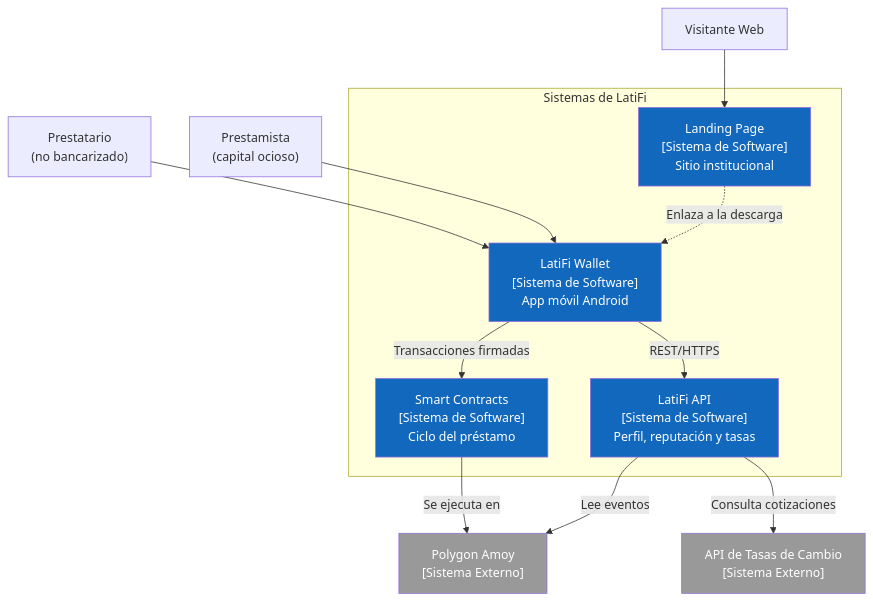
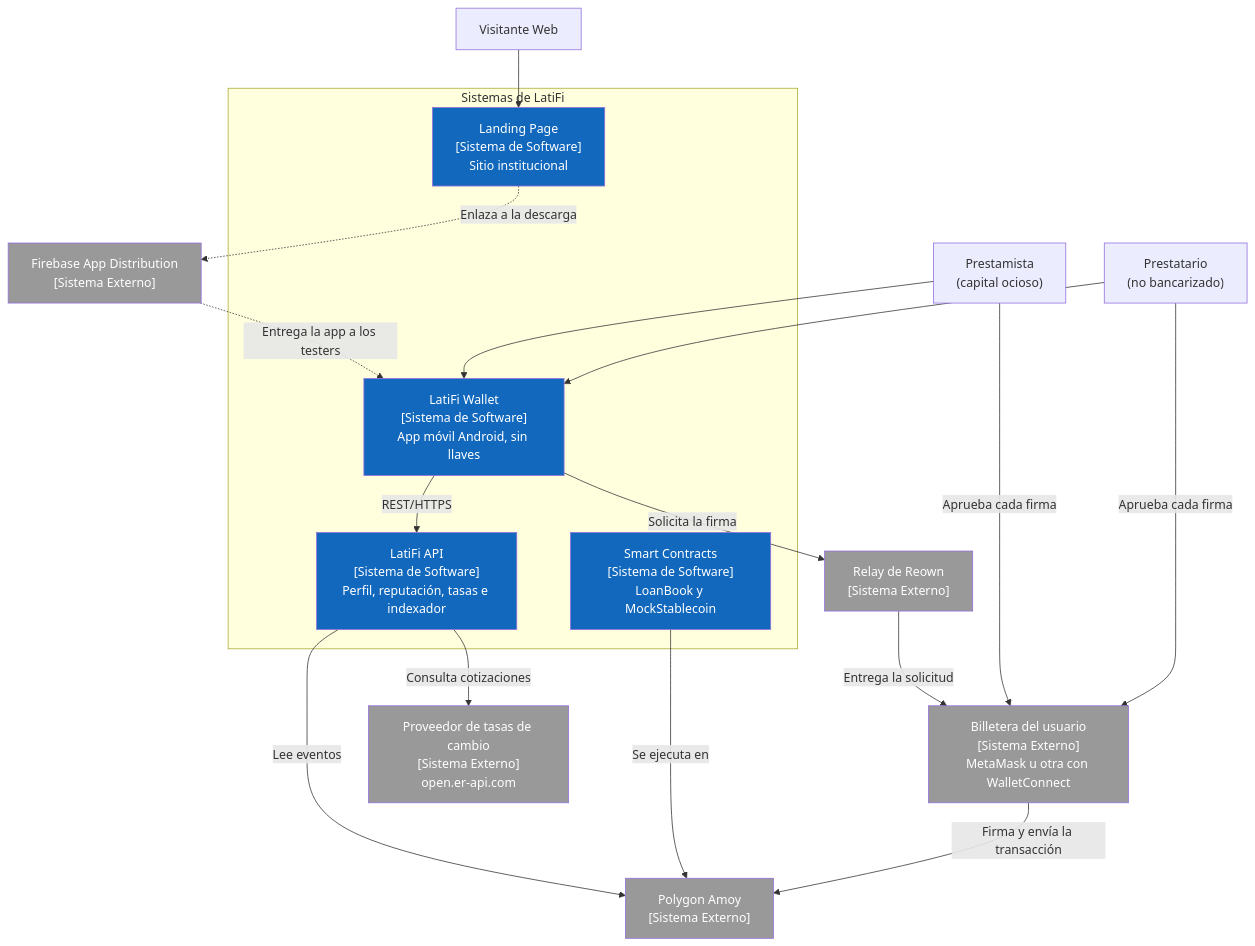
The second of 30 diagrams in README.md (Arquitectura-de-Softwares-Emergentes/latifi-report), drawn with Mermaid before and after one commit. The commit also changed other lines of this file, not shown here.

First line of the commit message:
docs(report): align the c4 diagrams with the deployed system

````diff
--- a/README.md
+++ b/README.md
@@ -1260,33 +1263,44 @@
 ```mermaid
 graph TD
     Prestatario["Prestatario<br/>(no bancarizado)"]
     Prestamista["Prestamista<br/>(capital ocioso)"]
     Visitante["Visitante Web"]
 
     subgraph "Sistemas de LatiFi"
-        Wallet["LatiFi Wallet<br/>[Sistema de Software]<br/>App móvil Android"]
-        API["LatiFi API<br/>[Sistema de Software]<br/>Perfil, reputación y tasas"]
-        SC["Smart Contracts<br/>[Sistema de Software]<br/>Ciclo del préstamo"]
+        Wallet["LatiFi Wallet<br/>[Sistema de Software]<br/>App móvil Android, sin llaves"]
+        API["LatiFi API<br/>[Sistema de Software]<br/>Perfil, reputación, tasas e indexador"]
+        SC["Smart Contracts<br/>[Sistema de Software]<br/>LoanBook y MockStablecoin"]
         Landing["Landing Page<br/>[Sistema de Software]<br/>Sitio institucional"]
     end
 
+    UserWallet["Billetera del usuario<br/>[Sistema Externo]<br/>MetaMask u otra con WalletConnect"]
+    Reown["Relay de Reown<br/>[Sistema Externo]"]
+    Firebase["Firebase App Distribution<br/>[Sistema Externo]"]
     Polygon["Polygon Amoy<br/>[Sistema Externo]"]
-    FXApi["API de Tasas de Cambio<br/>[Sistema Externo]"]
+    FXApi["Proveedor de tasas de cambio<br/>[Sistema Externo]<br/>open.er-api.com"]
 
     Prestatario --> Wallet
     Prestamista --> Wallet
+    Prestatario -->|"Aprueba cada firma"| UserWallet
+    Prestamista -->|"Aprueba cada firma"| UserWallet
     Visitante --> Landing
     Wallet -->|"REST/HTTPS"| API
-    Wallet -->|"Transacciones firmadas"| SC
+    Wallet -->|"Solicita la firma"| Reown
+    Reown -->|"Entrega la solicitud"| UserWallet
+    UserWallet -->|"Firma y envía la transacción"| Polygon
     SC -->|"Se ejecuta en"| Polygon
     API -->|"Lee eventos"| Polygon
     API -->|"Consulta cotizaciones"| FXApi
-    Landing -.->|"Enlaza a la descarga"| Wallet
+    Landing -.->|"Enlaza a la descarga"| Firebase
+    Firebase -.->|"Entrega la app a los testers"| Wallet
 
     style Wallet fill:#1168bd,color:#fff
     style API fill:#1168bd,color:#fff
     style SC fill:#1168bd,color:#fff
     style Landing fill:#1168bd,color:#fff
+    style UserWallet fill:#999,color:#fff
+    style Reown fill:#999,color:#fff
+    style Firebase fill:#999,color:#fff
     style Polygon fill:#999,color:#fff
     style FXApi fill:#999,color:#fff
 ```
````
